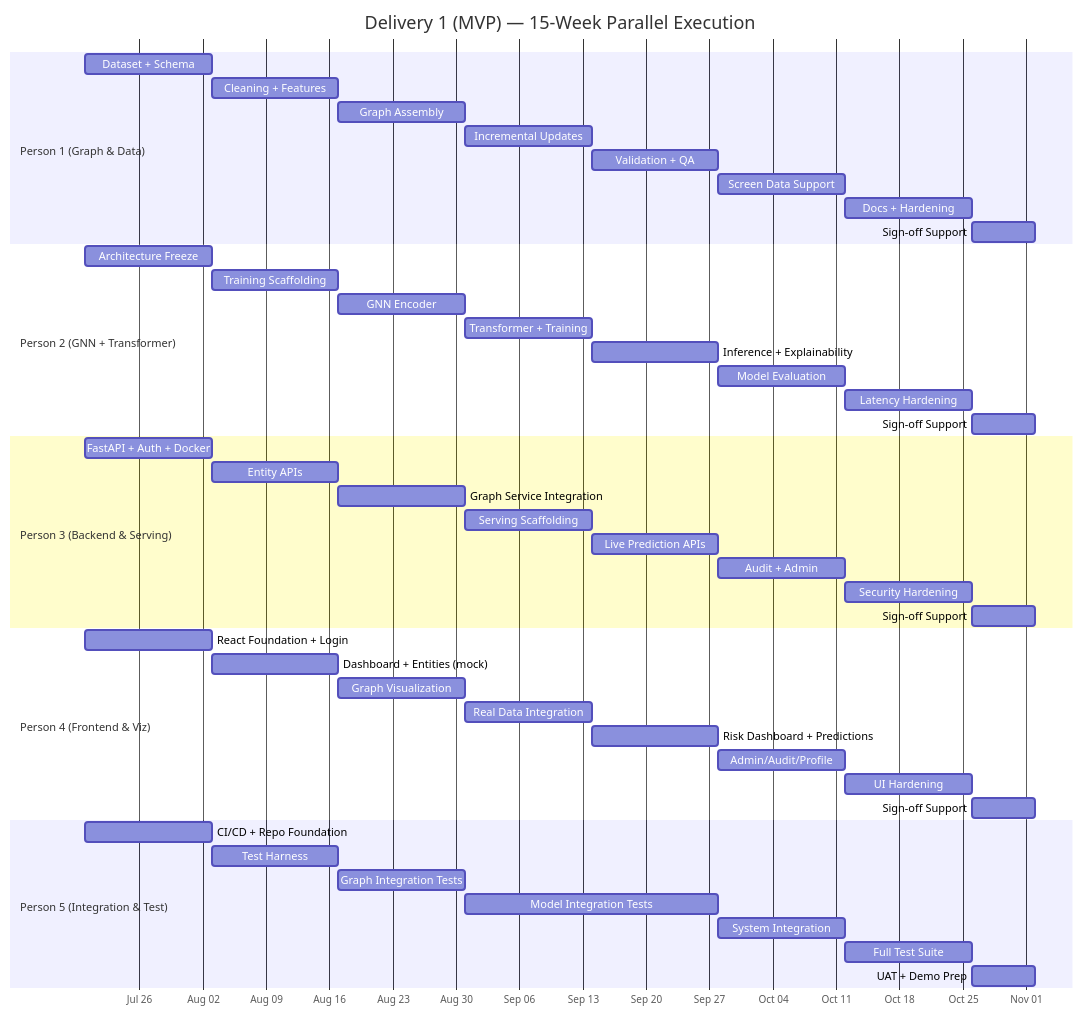
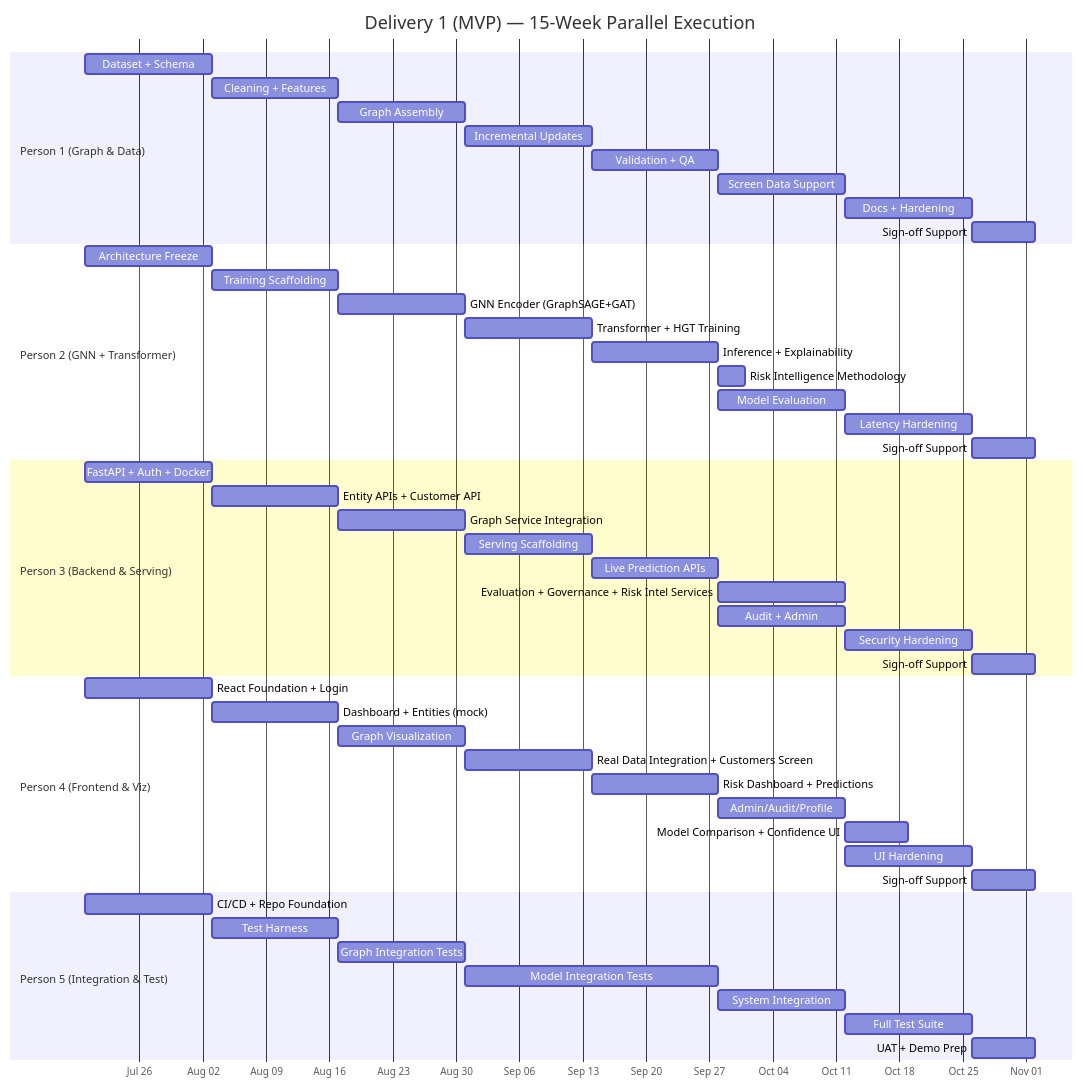
One commit to murali-ftw/ChainPilot changed the fifth of 7 diagrams in docs/team_plan.md. Above: the diagram before and after it, drawn with Mermaid. The commit also changed other lines of this file and 17 other files, not shown here.

````diff
--- a/docs/team_plan.md
+++ b/docs/team_plan.md
@@ -1087,55 +1190,58 @@
 ```mermaid
 gantt
     dateFormat  YYYY-MM-DD
     axisFormat  %b %d
     title Delivery 1 (MVP) — 15-Week Parallel Execution
 
     section Person 1 (Graph & Data)
     Dataset + Schema          :p1a, 2026-07-20, 14d
     Cleaning + Features       :p1b, after p1a, 14d
     Graph Assembly            :p1c, after p1b, 14d
     Incremental Updates       :p1d, after p1c, 14d
     Validation + QA           :p1e, after p1d, 14d
     Screen Data Support       :p1f, after p1e, 14d
     Docs + Hardening          :p1g, after p1f, 14d
     Sign-off Support          :p1h, after p1g, 7d
 
     section Person 2 (GNN + Transformer)
     Architecture Freeze       :p2a, 2026-07-20, 14d
     Training Scaffolding      :p2b, after p2a, 14d
-    GNN Encoder               :p2c, after p2b, 14d
-    Transformer + Training    :p2d, after p2c, 14d
+    GNN Encoder (GraphSAGE+GAT) :p2c, after p2b, 14d
+    Transformer + HGT Training :p2d, after p2c, 14d
     Inference + Explainability :p2e, after p2d, 14d
+    Risk Intelligence Methodology :p2i, after p2e, 3d
     Model Evaluation          :p2f, after p2e, 14d
     Latency Hardening         :p2g, after p2f, 14d
     Sign-off Support          :p2h, after p2g, 7d
 
     section Person 3 (Backend & Serving)
     FastAPI + Auth + Docker   :p3a, 2026-07-20, 14d
-    Entity APIs               :p3b, after p3a, 14d
+    Entity APIs + Customer API :p3b, after p3a, 14d
     Graph Service Integration :p3c, after p3b, 14d
     Serving Scaffolding       :p3d, after p3c, 14d
     Live Prediction APIs      :p3e, after p3d, 14d
+    Evaluation + Governance + Risk Intel Services :p3i, after p3e, 14d
     Audit + Admin             :p3f, after p3e, 14d
     Security Hardening        :p3g, after p3f, 14d
     Sign-off Support          :p3h, after p3g, 7d
 
     section Person 4 (Frontend & Viz)
     React Foundation + Login  :p4a, 2026-07-20, 14d
     Dashboard + Entities (mock) :p4b, after p4a, 14d
     Graph Visualization       :p4c, after p4b, 14d
-    Real Data Integration     :p4d, after p4c, 14d
+    Real Data Integration + Customers Screen :p4d, after p4c, 14d
     Risk Dashboard + Predictions :p4e, after p4d, 14d
     Admin/Audit/Profile       :p4f, after p4e, 14d
+    Model Comparison + Confidence UI :p4i, after p4f, 7d
     UI Hardening              :p4g, after p4f, 14d
     Sign-off Support          :p4h, after p4g, 7d
 
     section Person 5 (Integration & Test)
     CI/CD + Repo Foundation   :p5a, 2026-07-20, 14d
     Test Harness              :p5b, after p5a, 14d
     Graph Integration Tests   :p5c, after p5b, 14d
     Model Integration Tests   :p5d, after p5c, 28d
     System Integration        :p5e, after p5d, 14d
     Full Test Suite           :p5f, after p5e, 14d
     UAT + Demo Prep           :p5g, after p5f, 7d
 ```
````
